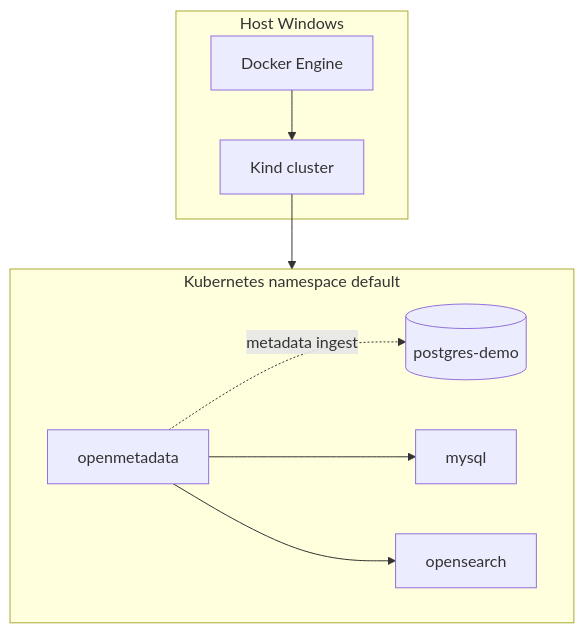
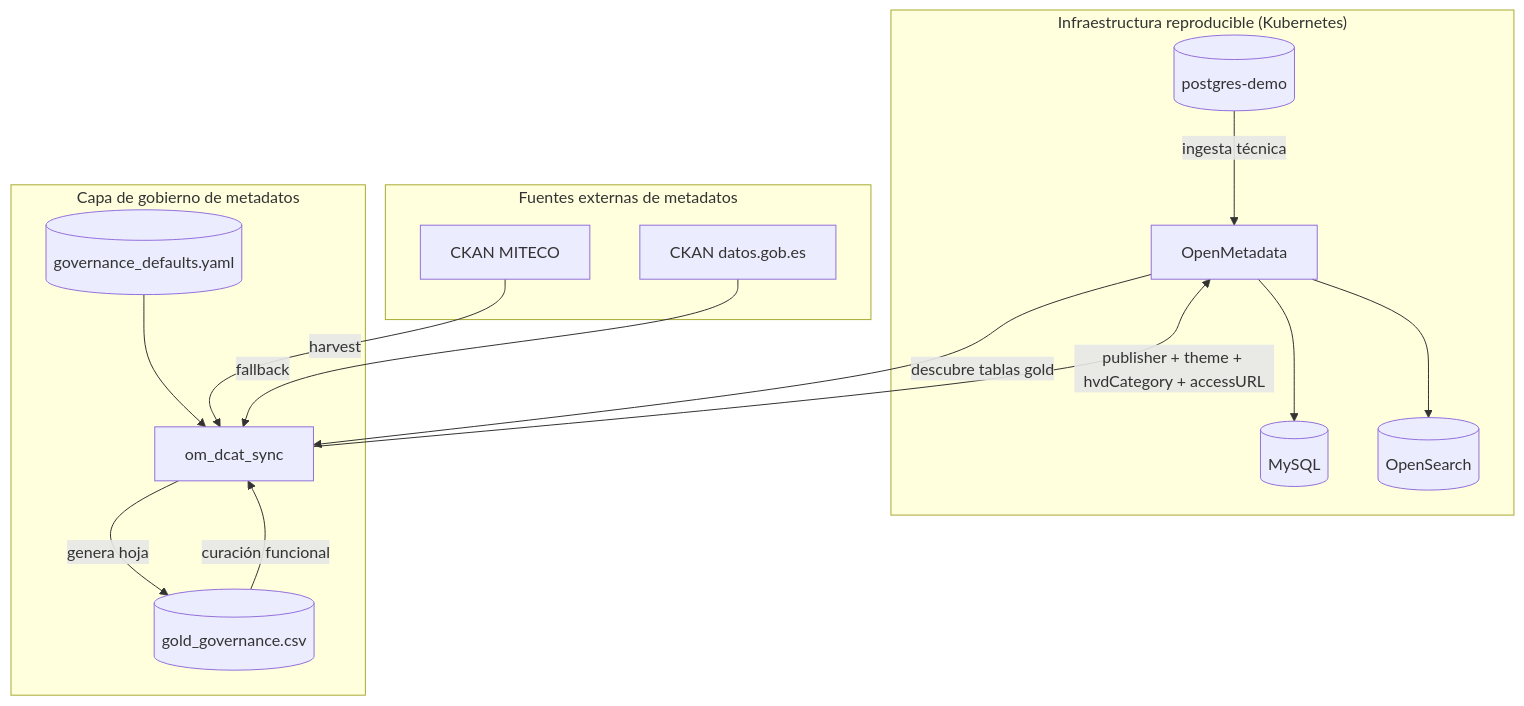
Before and after one commit to AlonsoMarcosM/TFM_Alonso_Marcos_Mu-oz: the first of 6 diagrams in docs/diagramas_mermaid.md, drawn with Mermaid. The commit also changed other lines of this file and 18 other files, not shown here.

First line of the commit message:
docs: document DCAT-AP-ES HVD operating scope

````diff
--- a/docs/diagramas_mermaid.md
+++ b/docs/diagramas_mermaid.md
@@ -43,20 +7,31 @@
 ```mermaid
 flowchart TB
-  subgraph Host["Host Windows"]
-    D[Docker Engine]
-    C[Kind cluster]
+  subgraph INFRA["Infraestructura reproducible (Kubernetes)"]
+    PG[(postgres-demo)]
+    OM[OpenMetadata]
+    MY[(MySQL)]
+    OS[(OpenSearch)]
   end
 
-  subgraph K8s["Kubernetes namespace default"]
-    PG[(postgres-demo)]
-    OM[openmetadata]
-    MY[mysql]
-    OS[opensearch]
+  subgraph GOV["Capa de gobierno de metadatos"]
+    SYNC[om_dcat_sync]
+    SHEET[(gold_governance.csv)]
+    CFG[(governance_defaults.yaml)]
   end
 
-  D --> C
-  C --> K8s
+  subgraph EXT["Fuentes externas de metadatos"]
+    CKAN1[CKAN MITECO]
+    CKAN2[CKAN datos.gob.es]
+  end
+
+  PG -->|ingesta técnica| OM
   OM --> MY
   OM --> OS
-  OM -. metadata ingest .-> PG
+  CFG --> SYNC
+  OM -->|descubre tablas gold| SYNC
+  SYNC -->|genera hoja| SHEET
+  SHEET -->|curación funcional| SYNC
+  SYNC -->|publisher + theme + hvdCategory + accessURL| OM
+  CKAN1 -->|harvest| SYNC
+  CKAN2 -->|fallback| SYNC
 ```
````
